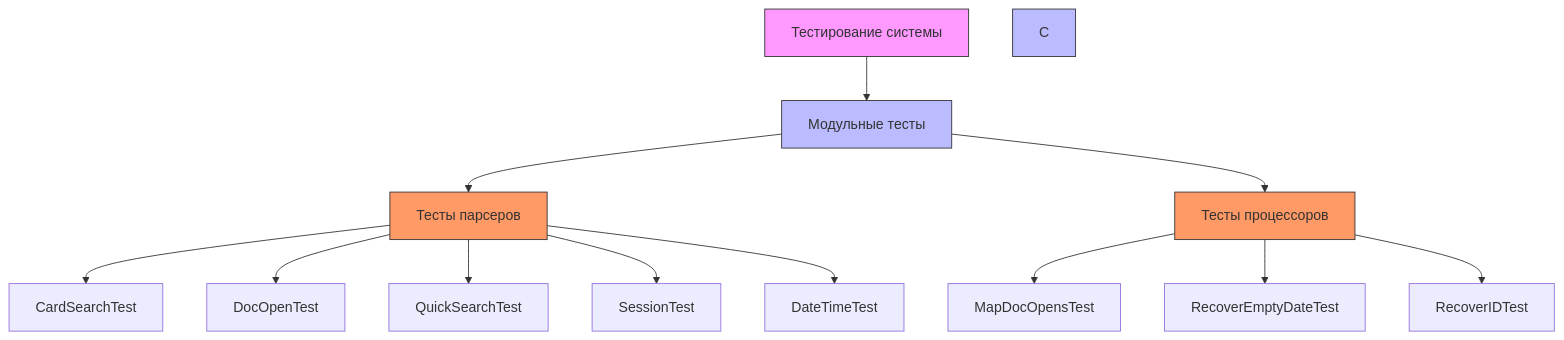
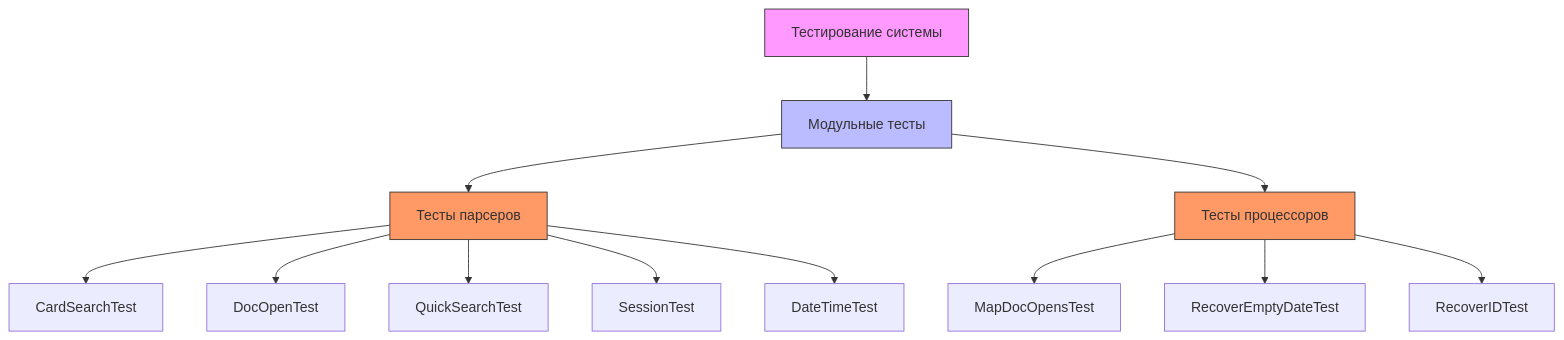
Before and after one commit to u-khasanova/test_DE: the diagram in README.md, drawn with Mermaid.

````diff
--- a/README.md
+++ b/README.md
@@ -7,22 +7,21 @@
 ```mermaid
 graph TD
     A[Тестирование системы] --> B[Модульные тесты]
     
     B --> B1[Тесты парсеров]
     B1 --> B11[CardSearchTest]
     B1 --> B12[DocOpenTest]
     B1 --> B13[QuickSearchTest]
     B1 --> B14[SessionTest]
     B1 --> B15[DateTimeTest]
     
     B --> B2[Тесты процессоров]
     B2 --> B21[MapDocOpensTest]
     B2 --> B22[RecoverEmptyDateTest]
     B2 --> B23[RecoverIDTest]
     
     style A fill:#f9f,stroke:#333
     style B fill:#bbf,stroke:#333
-    style C fill:#bbf,stroke:#333
     style B1 fill:#f96,stroke:#333
     style B2 fill:#f96,stroke:#333
 ```
````
